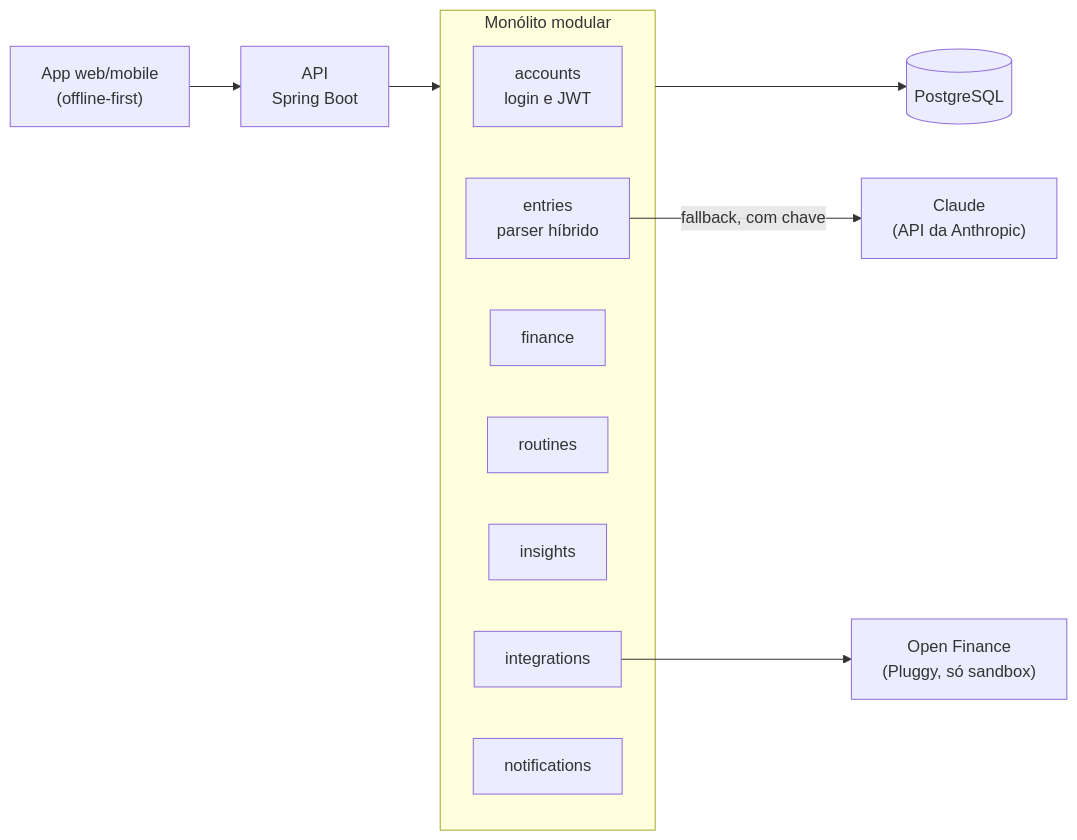
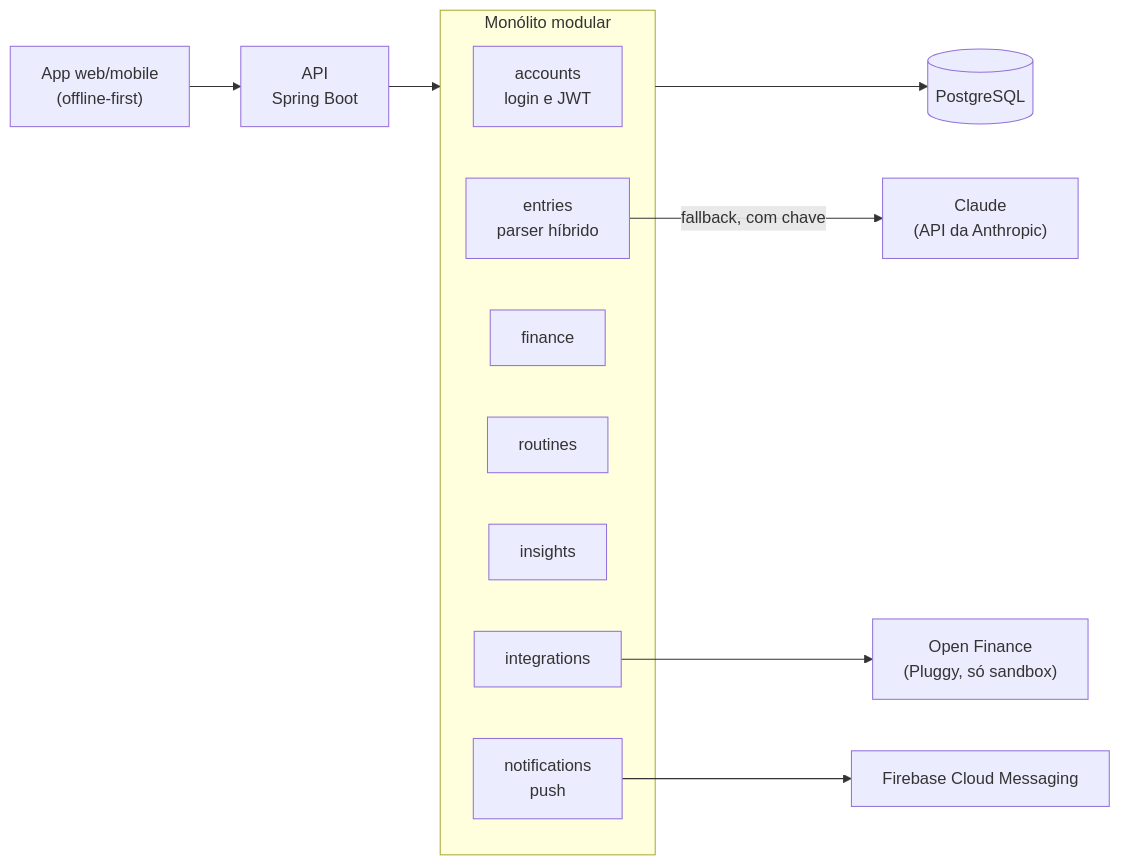
Before and after one commit to GabrieliModollo/mydly: the diagram in README.md, drawn with Mermaid. The commit also changed other lines of this file and 4 other files, not shown here.

````diff
--- a/README.md
+++ b/README.md
@@ -31,17 +31,18 @@
 ```mermaid
 flowchart LR
     App["App web/mobile<br/>(offline-first)"] --> API["API<br/>Spring Boot"]
     subgraph API_MOD["Monólito modular"]
         accounts["accounts<br/>login e JWT"]
         entries["entries<br/>parser híbrido"]
         finance["finance"]
         routines["routines"]
         insights["insights"]
         integrations["integrations"]
-        notifications["notifications"]
+        notifications["notifications<br/>push"]
     end
     API --> API_MOD
     entries -->|"fallback, com chave"| LLM["Claude<br/>(API da Anthropic)"]
     integrations --> OF["Open Finance<br/>(Pluggy, só sandbox)"]
+    notifications --> FCM["Firebase Cloud Messaging"]
     API_MOD --> DB[("PostgreSQL")]
 ```
````
